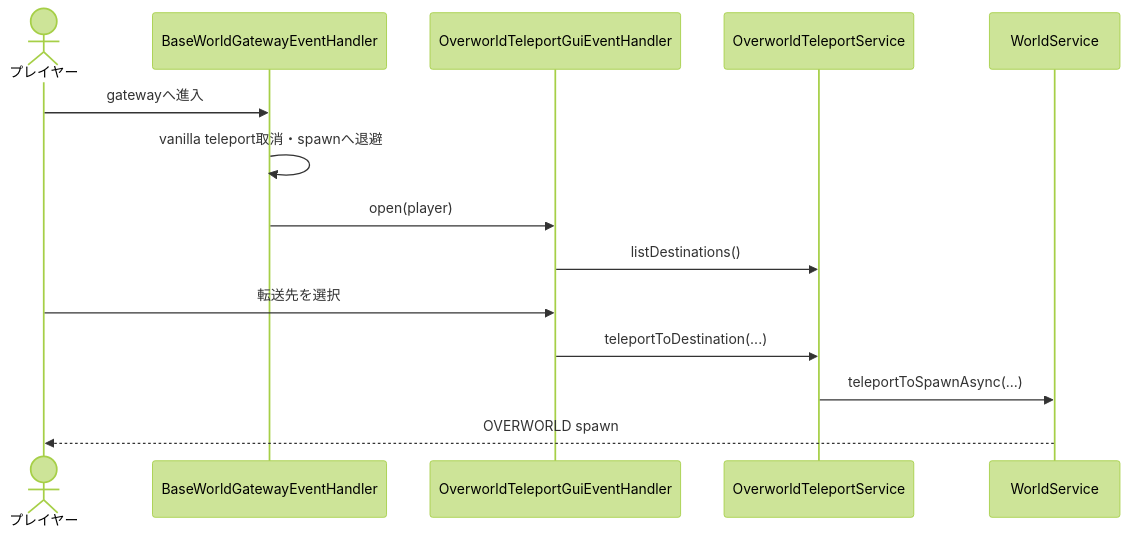
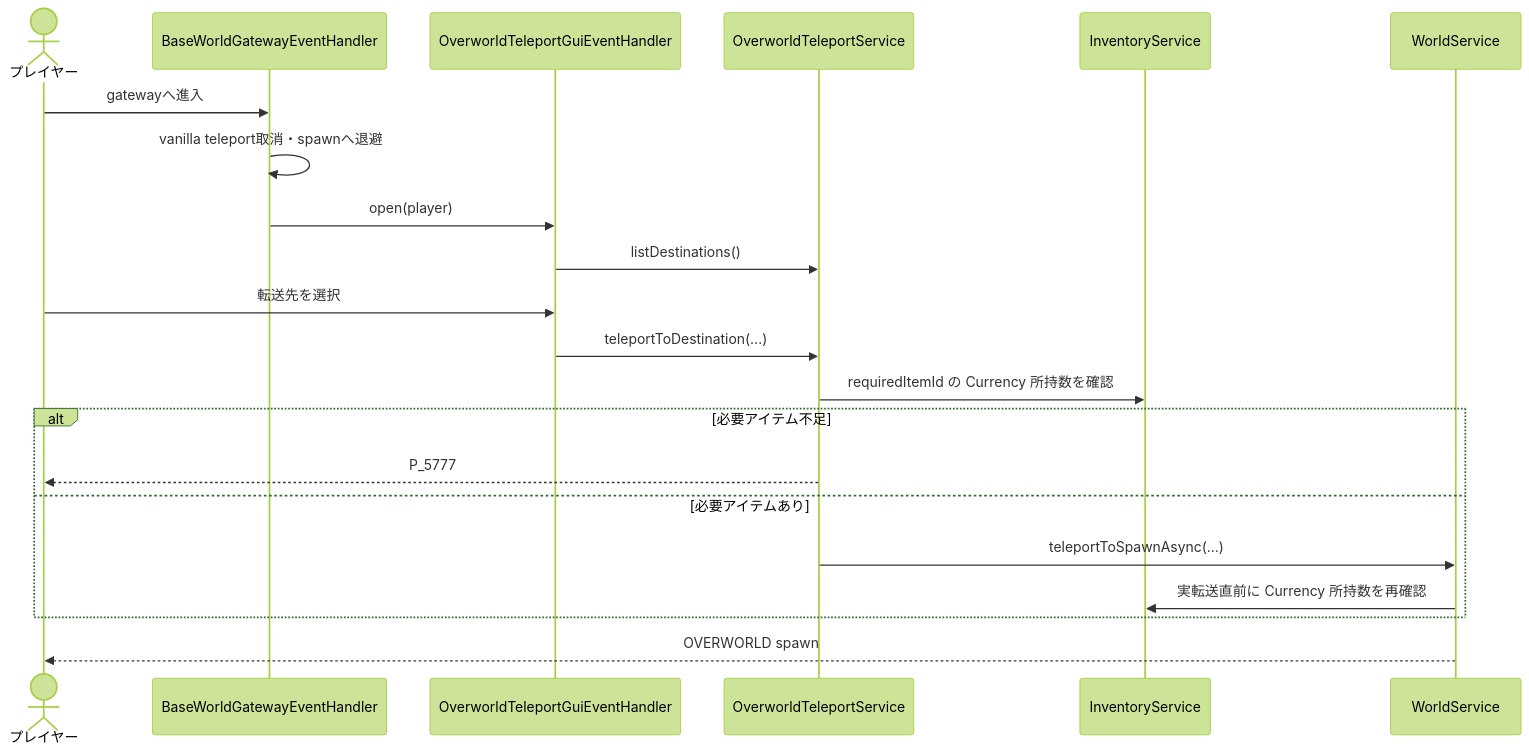
One commit to maaasu/AstralRecord-Workspace changed the second of 5 diagrams in 00_docs/10_Plugin設計書/feature/17-world/17_4-統合フロー.md. Above: the diagram before and after it, drawn with Mermaid (forest theme). The commit also changed other lines of this file and 23 other files, not shown here.

````diff
--- a/00_docs/10_Plugin設計書/feature/17-world/17_4-統合フロー.md
+++ b/00_docs/10_Plugin設計書/feature/17-world/17_4-統合フロー.md
@@ -38,16 +38,23 @@
 ```mermaid
 sequenceDiagram
     actor Player as プレイヤー
     participant Gateway as BaseWorldGatewayEventHandler
     participant GUI as OverworldTeleportGuiEventHandler
     participant Select as OverworldTeleportService
+    participant Inventory as InventoryService
     participant World as WorldService
     Player->>Gateway: gatewayへ進入
     Gateway->>Gateway: vanilla teleport取消・spawnへ退避
     Gateway->>GUI: open(player)
     GUI->>Select: listDestinations()
     Player->>GUI: 転送先を選択
     GUI->>Select: teleportToDestination(...)
-    Select->>World: teleportToSpawnAsync(...)
+    Select->>Inventory: requiredItemId の Currency 所持数を確認
+    alt 必要アイテム不足
+        Select-->>Player: P_5777
+    else 必要アイテムあり
+        Select->>World: teleportToSpawnAsync(...)
+        World->>Inventory: 実転送直前に Currency 所持数を再確認
+    end
     World-->>Player: OVERWORLD spawn
 ```
````
